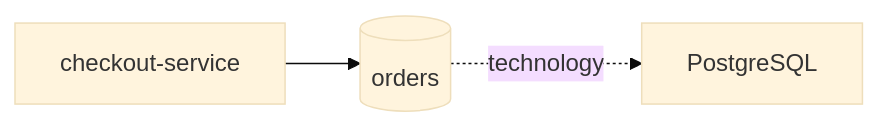
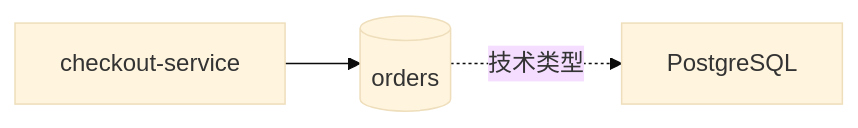
Before and after one commit to XiaoWeiKIN/Observability-Lab: the sixth of 13 diagrams in docs/datadog/inferred-services.md, drawn with Mermaid (base theme). The commit also changed other lines of this file, not shown here.

````diff
--- a/docs/datadog/inferred-services.md
+++ b/docs/datadog/inferred-services.md
@@ -248,5 +270,5 @@
-```mermaid
+~~~mermaid
 flowchart LR
     C[checkout-service] --> D[(orders)]
-    D -. technology .-> PG[PostgreSQL]
-```
+    D -. 技术类型 .-> PG[PostgreSQL]
+~~~
````
